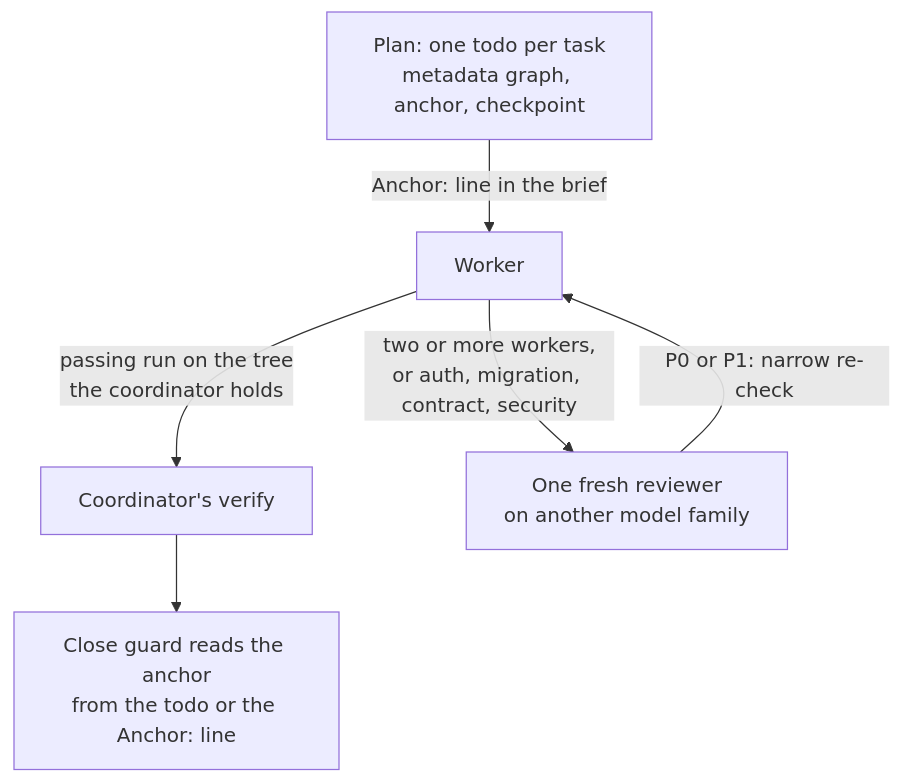
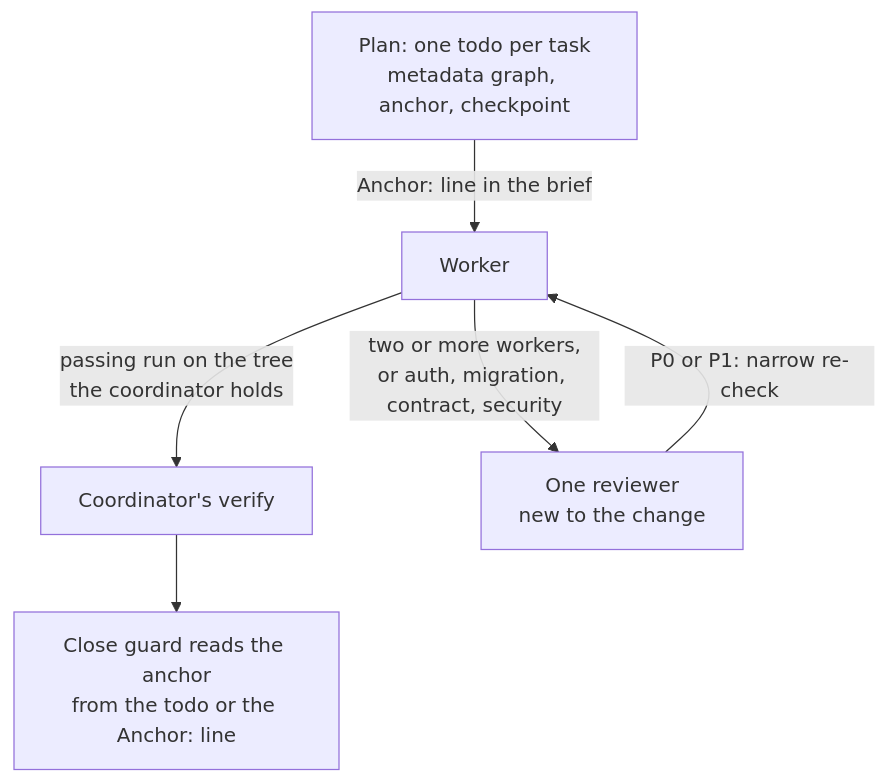
One commit to wayne930242/anchorloop changed the first of 2 diagrams in site/src/content/docs/guide/with-straw-boss.md. Above: the diagram before and after it, drawn with Mermaid. The commit also changed other lines of this file and 16 other files, not shown here.

Commit message:
feat: defer test-only car review and accept any reviewer model; release 3.3.0

````diff
--- a/site/src/content/docs/guide/with-straw-boss.md
+++ b/site/src/content/docs/guide/with-straw-boss.md
@@ -39,8 +39,8 @@
 ```mermaid
 flowchart TD
   plan["Plan: one todo per task<br/>metadata graph, anchor, checkpoint"] -->|"Anchor: line in the brief"| worker["Worker"]
   worker -->|"passing run on the tree<br/>the coordinator holds"| verify["Coordinator's verify"]
-  worker -->|"two or more workers,<br/>or auth, migration, contract, security"| review["One fresh reviewer<br/>on another model family"]
+  worker -->|"two or more workers,<br/>or auth, migration, contract, security"| review["One reviewer<br/>new to the change"]
   review -->|"P0 or P1: narrow re-check"| worker
   verify --> guard["Close guard reads the anchor<br/>from the todo or the Anchor: line"]
 ```
````
